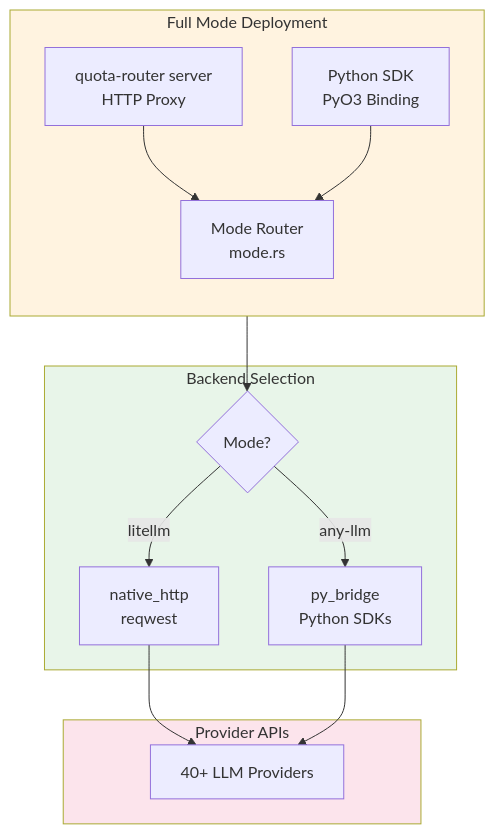
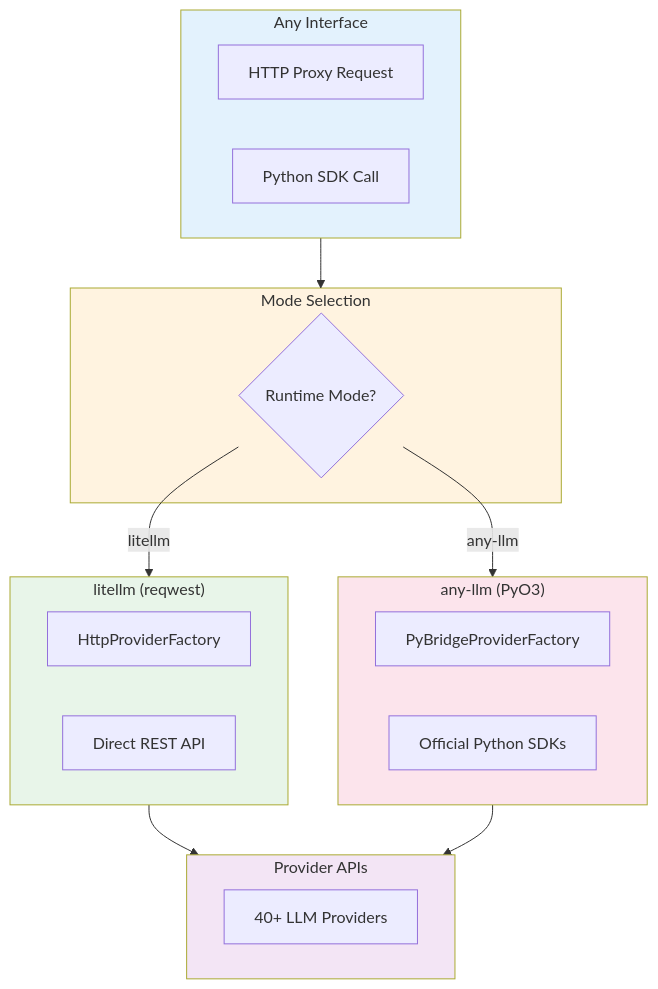
One commit to CipherOcto/cipherocto changed diagram 18 of 19 in docs/architecture/quota-router-architecture.md. Above: the diagram before and after it, drawn with Mermaid. The commit also changed other lines of this file, not shown here.

First line of the commit message:
docs: fix mode vs deployment conflation in architecture doc

````diff
--- a/docs/architecture/quota-router-architecture.md
+++ b/docs/architecture/quota-router-architecture.md
@@ -939,31 +909,37 @@
 ```mermaid
 graph TB
-    subgraph Full["Full Mode Deployment"]
-        direction TB
-        S1[quota-router server<br/>HTTP Proxy]
-        S2[Python SDK<br/>PyO3 Binding]
-        SM[Mode Router<br/>mode.rs]
+    subgraph Input["Any Interface"]
+        I1[HTTP Proxy Request]
+        I2[Python SDK Call]
     end
 
-    subgraph Backends["Backend Selection"]
-        B1{Mode?}
-        B2[native_http<br/>reqwest]
-        B3[py_bridge<br/>Python SDKs]
+    subgraph Mode["Mode Selection"]
+        M1{Runtime Mode?}
+    end
+
+    subgraph LiteLLM["litellm (reqwest)"]
+        L1[HttpProviderFactory]
+        L2[Direct REST API]
+    end
+
+    subgraph AnyLLM["any-llm (PyO3)"]
+        A1[PyBridgeProviderFactory]
+        A2[Official Python SDKs]
     end
 
     subgraph Providers["Provider APIs"]
         P1[40+ LLM Providers]
     end
 
-    S1 --> SM
-    S2 --> SM
-    SM --> B1
-    B1 -->|litellm| B2
-    B1 -->|any-llm| B3
-    B2 --> P1
-    B3 --> P1
+    Input --> Mode
+    M1 -->|litellm| LiteLLM
+    M1 -->|any-llm| AnyLLM
+    LiteLLM --> Providers
+    AnyLLM --> Providers
 
-    style Full fill:#fff3e0
-    style Backends fill:#e8f5e9
-    style Providers fill:#fce4ec
+    style Input fill:#e3f2fd
+    style Mode fill:#fff3e0
+    style LiteLLM fill:#e8f5e9
+    style AnyLLM fill:#fce4ec
+    style Providers fill:#f3e5f5
 ```
````
